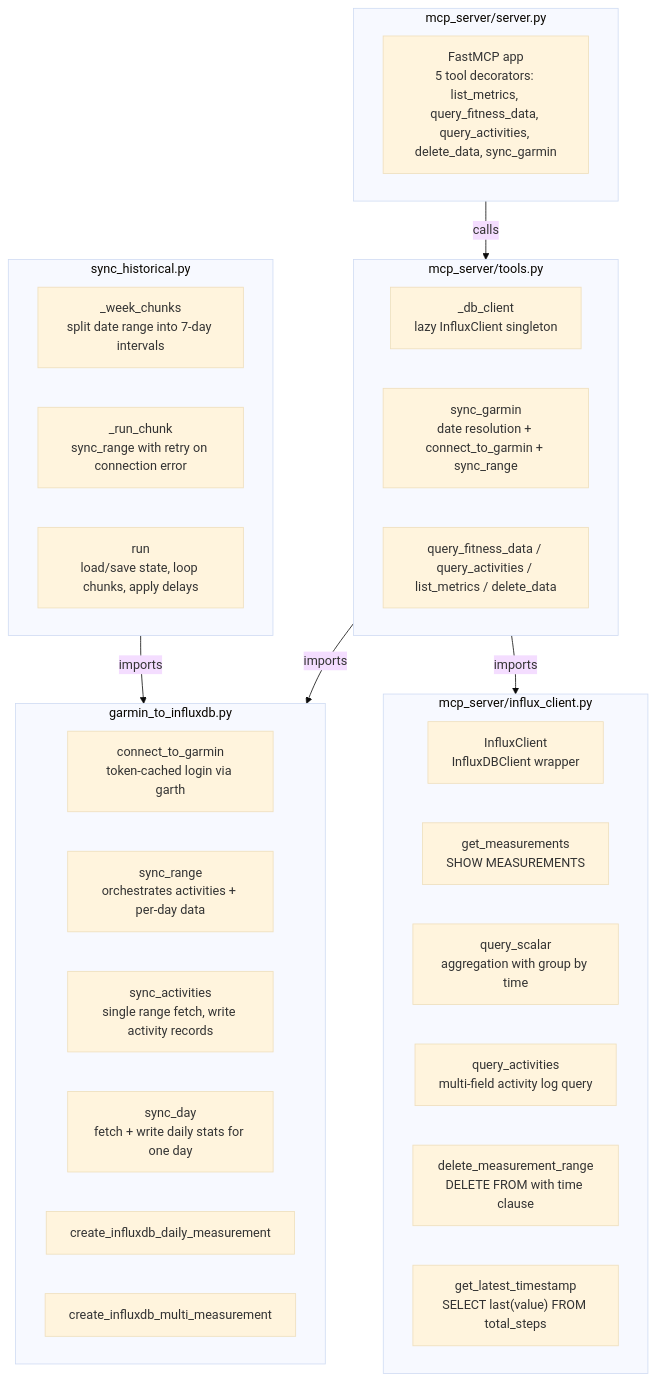
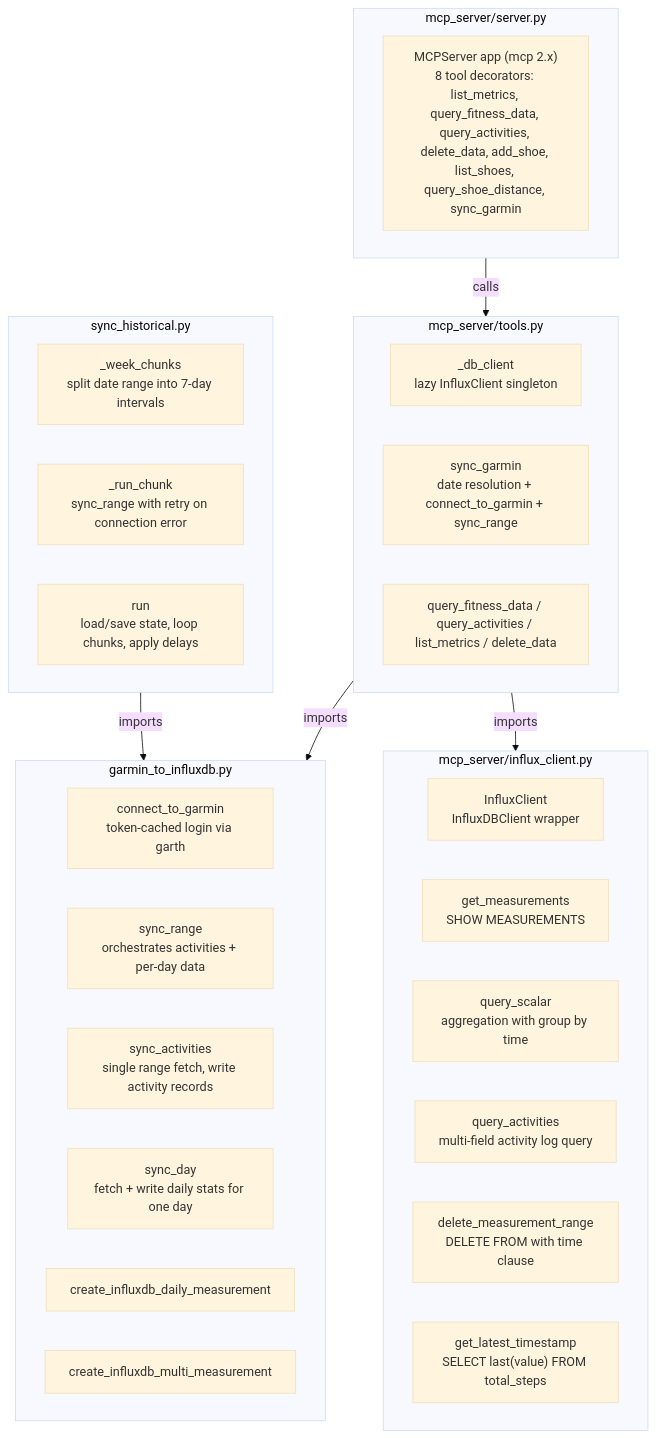
Before and after one commit to stratus-ss/garmin-influxdb: the seventh of 7 diagrams in CODEFLOW.md, drawn with Mermaid (base theme). The commit also changed 8 other files, not shown here.

````diff
--- a/CODEFLOW.md
+++ b/CODEFLOW.md
@@ -178,41 +178,41 @@
 ```mermaid
 flowchart TB
     subgraph garmin_to_influxdb["garmin_to_influxdb.py"]
         A1["connect_to_garmin<br/>token-cached login via garth"]
         A2["sync_range<br/>orchestrates activities + per-day data"]
         A3["sync_activities<br/>single range fetch, write activity records"]
         A4["sync_day<br/>fetch + write daily stats for one day"]
         A5["create_influxdb_daily_measurement"]
         A6["create_influxdb_multi_measurement"]
     end
 
     subgraph sync_historical["sync_historical.py"]
         B1["_week_chunks<br/>split date range into 7-day intervals"]
         B2["_run_chunk<br/>sync_range with retry on connection error"]
         B3["run<br/>load/save state, loop chunks, apply delays"]
     end
 
     subgraph mcp_server_server["mcp_server/server.py"]
-        C1["FastMCP app<br/>5 tool decorators: list_metrics, query_fitness_data, query_activities, delete_data, sync_garmin"]
+        C1["MCPServer app (mcp 2.x)<br/>8 tool decorators: list_metrics, query_fitness_data, query_activities, delete_data, add_shoe, list_shoes, query_shoe_distance, sync_garmin"]
     end
 
     subgraph mcp_server_tools["mcp_server/tools.py"]
         D1["_db_client<br/>lazy InfluxClient singleton"]
         D2["sync_garmin<br/>date resolution + connect_to_garmin + sync_range"]
         D3["query_fitness_data / query_activities / list_metrics / delete_data"]
     end
 
     subgraph mcp_server_influx_client["mcp_server/influx_client.py"]
         E1["InfluxClient<br/>InfluxDBClient wrapper"]
         E2["get_measurements<br/>SHOW MEASUREMENTS"]
         E3["query_scalar<br/>aggregation with group by time"]
         E4["query_activities<br/>multi-field activity log query"]
         E5["delete_measurement_range<br/>DELETE FROM with time clause"]
         E6["get_latest_timestamp<br/>SELECT last(value) FROM total_steps"]
     end
 
     sync_historical -->|imports| garmin_to_influxdb
     mcp_server_tools -->|imports| garmin_to_influxdb
     mcp_server_tools -->|imports| mcp_server_influx_client
     mcp_server_server -->|calls| mcp_server_tools
 ```
````
